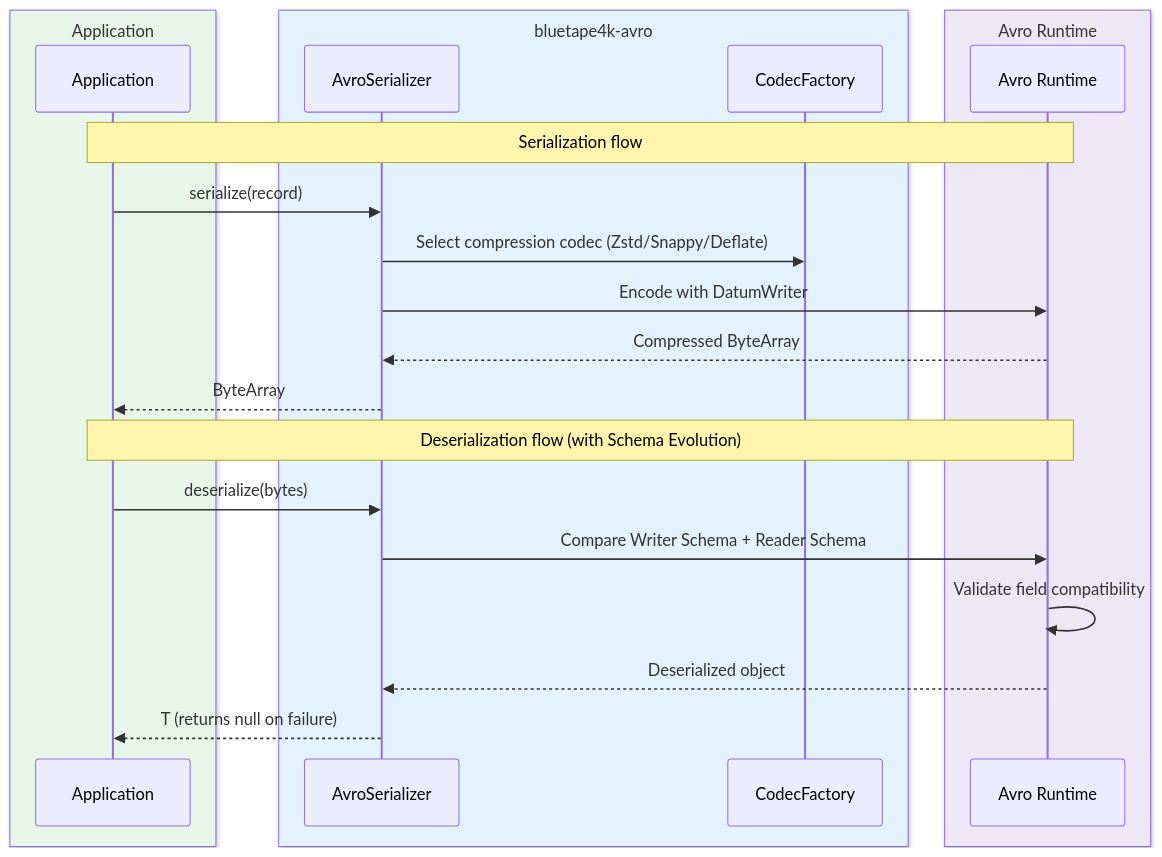
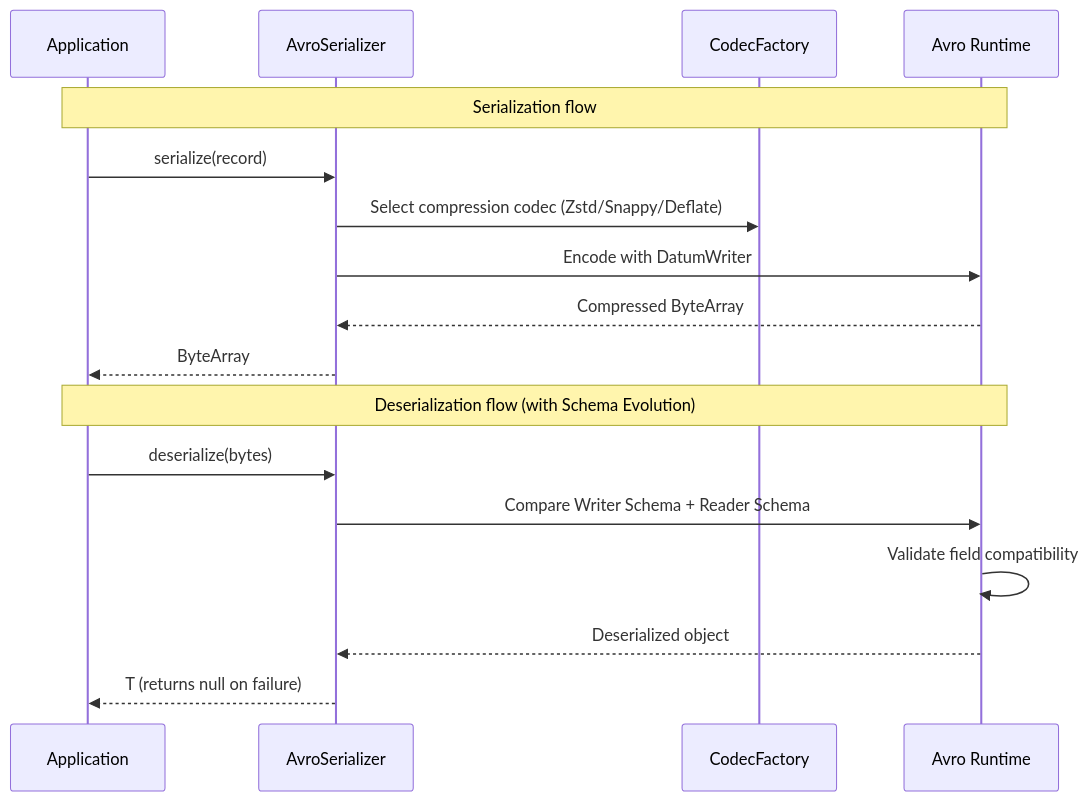
One commit to bluetape4k/bluetape4k-projects changed the second of 3 diagrams in io/avro/README.md. Above: the diagram before and after it, drawn with Mermaid. The commit also changed other lines of this file and 219 other files, not shown here.

First line of the commit message:
docs: 전체 README Mermaid 다이어그램 가이드 적용

````diff
--- a/io/avro/README.md
+++ b/io/avro/README.md
@@ -185,27 +185,21 @@
 ```mermaid
 sequenceDiagram
-    box rgb(232, 245, 233) Application
         participant App as Application
-    end
-    box rgb(227, 242, 253) bluetape4k-avro
         participant S as AvroSerializer
         participant C as CodecFactory
-    end
-    box rgb(237, 231, 246) Avro Runtime
         participant A as Avro Runtime
-    end
 
     Note over App,A: Serialization flow
     App->>S: serialize(record)
     S->>C: Select compression codec (Zstd/Snappy/Deflate)
     S->>A: Encode with DatumWriter
     A-->>S: Compressed ByteArray
     S-->>App: ByteArray
 
     Note over App,A: Deserialization flow (with Schema Evolution)
     App->>S: deserialize(bytes)
     S->>A: Compare Writer Schema + Reader Schema
     A->>A: Validate field compatibility
     A-->>S: Deserialized object
     S-->>App: T (returns null on failure)
 ```
````
